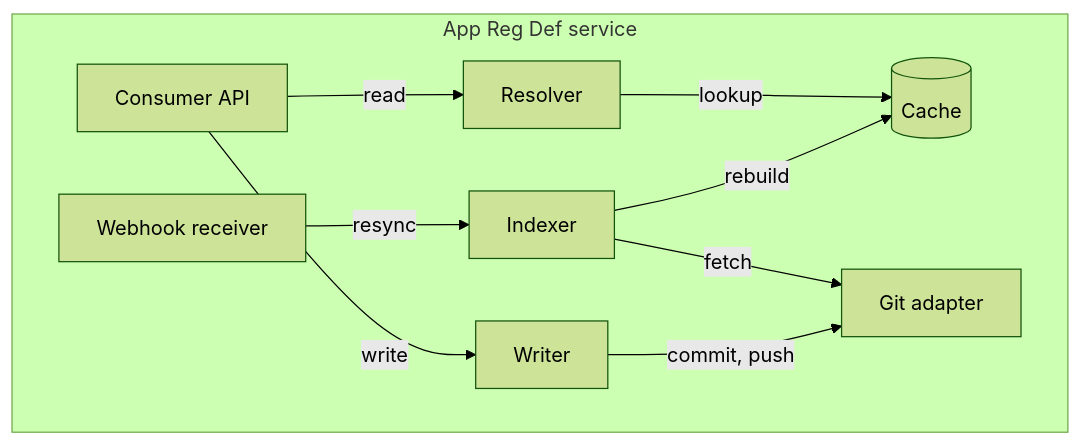
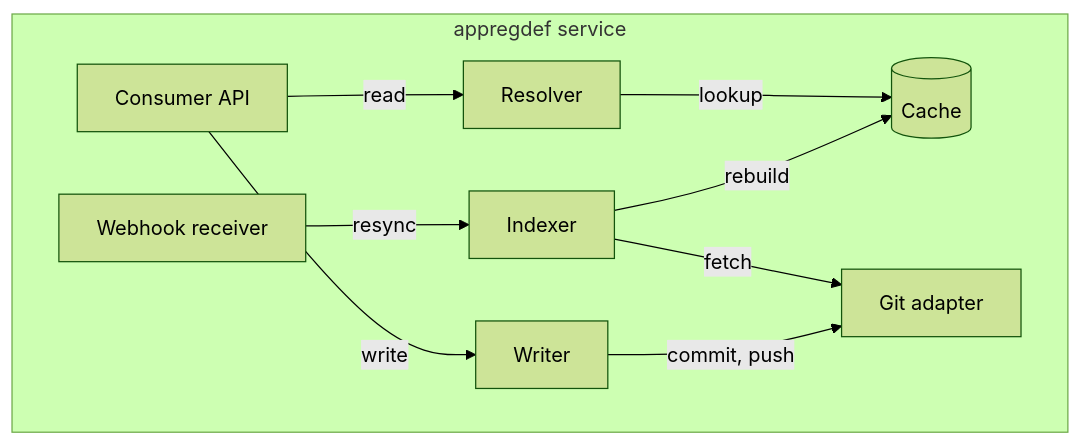
Before and after one commit to Netcracker/qubership-envgene: the second of 5 diagrams in docs/analysis/app-reg-def/service/architecture.md, drawn with Mermaid (forest theme). The commit also changed other lines of this file and 8 other files, not shown here.

First line of the commit message:
docs: align naming with the diagram and restore AppDef and RegDef in the model

````diff
--- a/docs/analysis/app-reg-def/service/architecture.md
+++ b/docs/analysis/app-reg-def/service/architecture.md
@@ -38,19 +38,19 @@
 ```mermaid
 flowchart TB
-  subgraph svc["App Reg Def service"]
+  subgraph svc["appregdef service"]
     api["Consumer API"]
     wh["Webhook receiver"]
     resolver["Resolver"]
     writer["Writer"]
     indexer["Indexer"]
     cache[("Cache")]
     gitad["Git adapter"]
   end
   api -->|read| resolver
   resolver -->|lookup| cache
   api -->|write| writer
   wh -->|resync| indexer
   indexer -->|rebuild| cache
   indexer -->|fetch| gitad
   writer -->|commit, push| gitad
 ```
````
